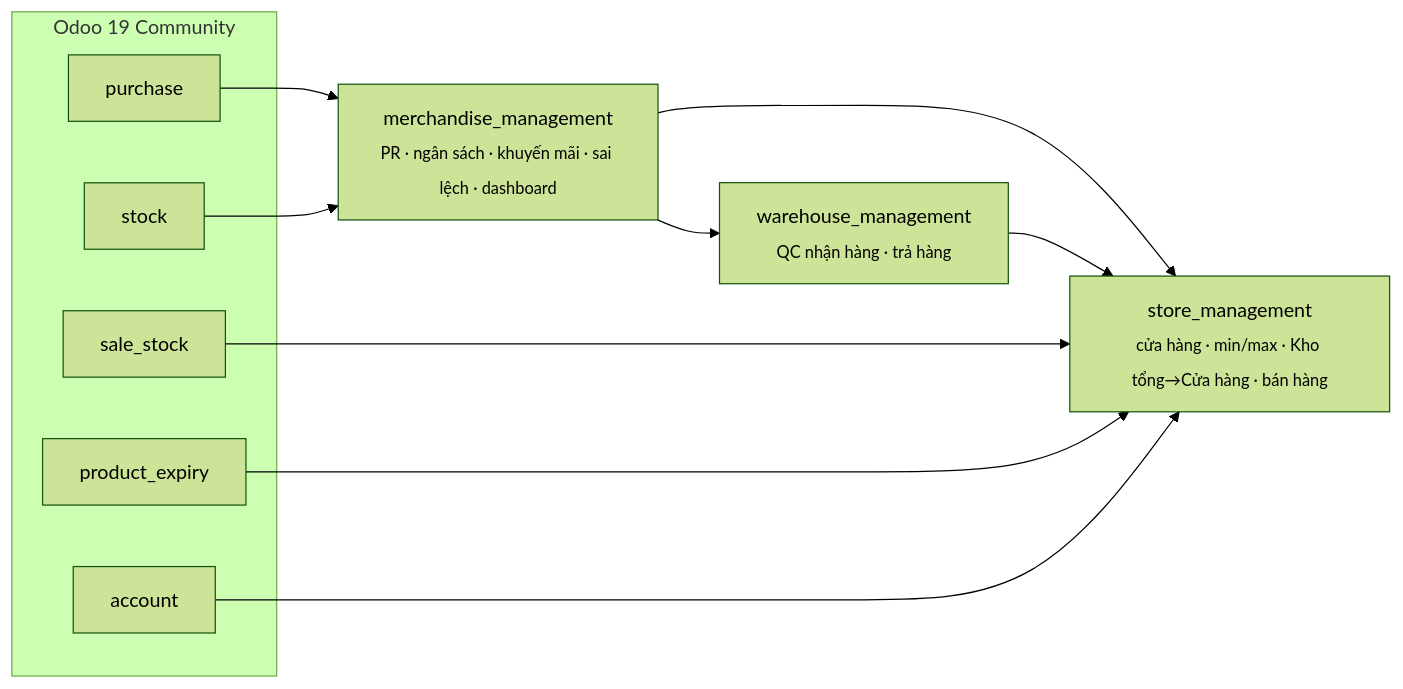
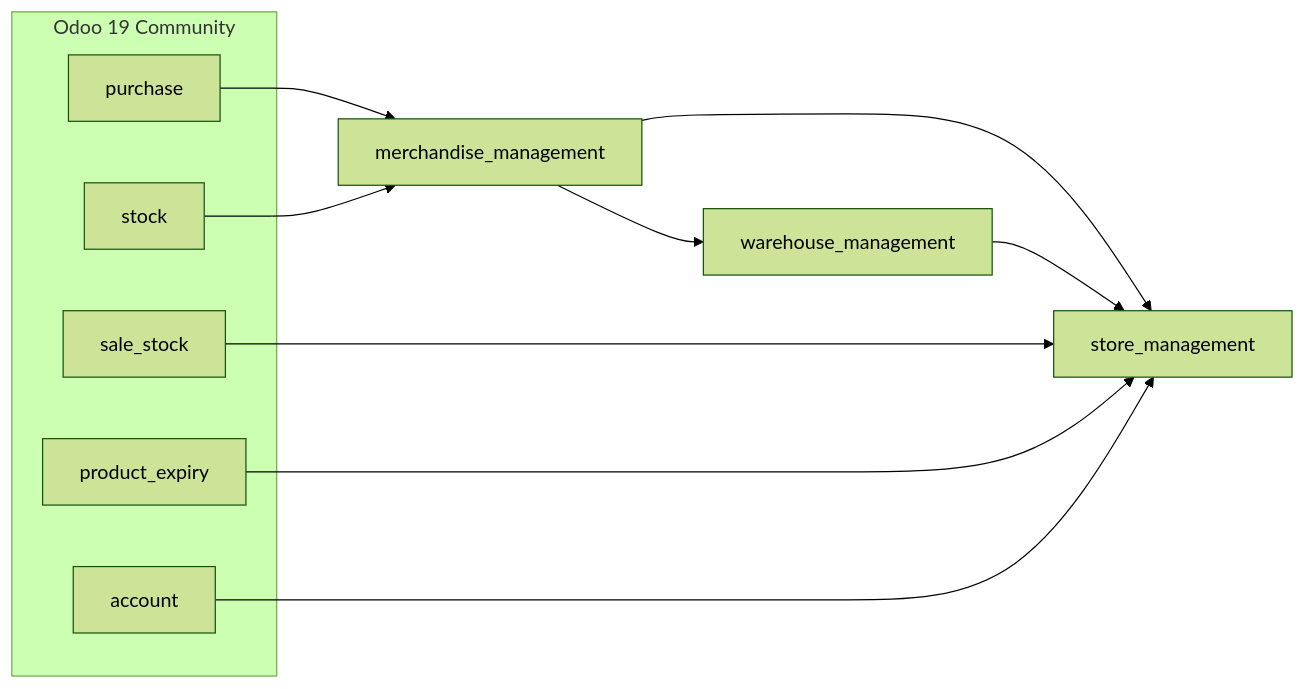
Before and after one commit to HoangPhucTony/Mis_Purchasing_OdooProject: the first of 2 diagrams in README.vi.md, drawn with Mermaid (forest theme). The commit also changed other lines of this file and 4 other files, not shown here.

````diff
--- a/README.vi.md
+++ b/README.vi.md
@@ -64,21 +71,21 @@
 ```mermaid
 flowchart LR
     subgraph Odoo["Odoo 19 Community"]
         purchase[purchase]
         stock[stock]
         sale[sale_stock]
         expiry[product_expiry]
         account[account]
     end
-    MER["merchandise_management<br/><sub>PR · ngân sách · khuyến mãi · sai lệch · dashboard</sub>"]
-    WH["warehouse_management<br/><sub>QC nhận hàng · trả hàng</sub>"]
-    ST["store_management<br/><sub>cửa hàng · min/max · Kho tổng→Cửa hàng · bán hàng</sub>"]
+    MER["merchandise_management"]
+    WH["warehouse_management"]
+    ST["store_management"]
     purchase --> MER
     stock --> MER
     MER --> WH
     MER --> ST
     WH --> ST
     sale --> ST
     expiry --> ST
     account --> ST
 ```
````
